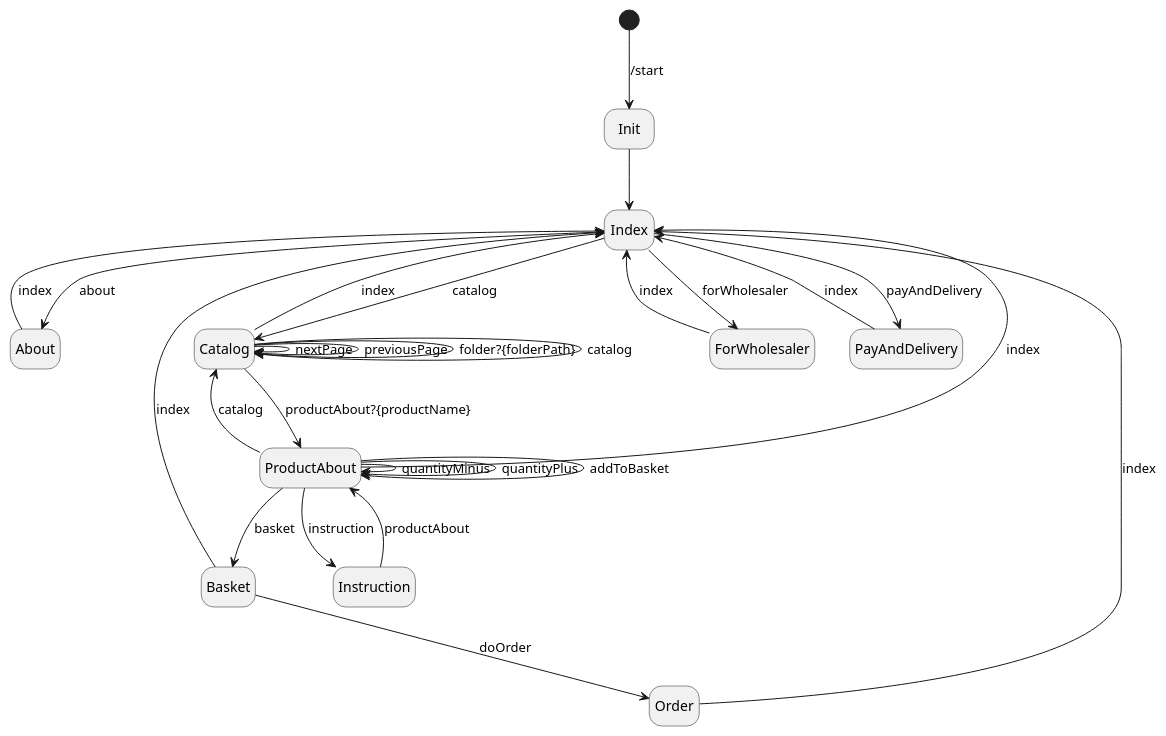
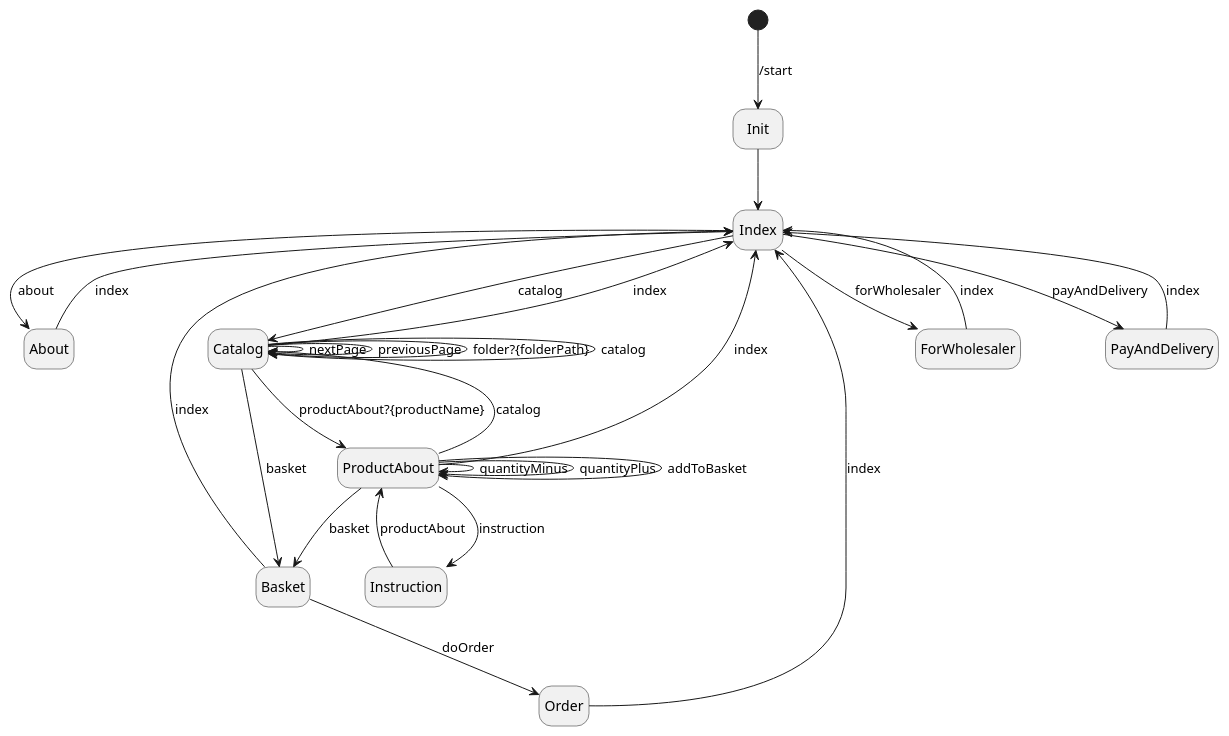
One commit to ViktorShchukin/shopbot changed the diagram in doc/botFsmDiagram.md. Above: the diagram before and after it, drawn with PlantUML. The commit also changed 4 other files, not shown here.

Commit message:
Delete index button from basket. Add basket button to catalog. Add catalog button to basket.

````diff
--- a/doc/botFsmDiagram.md
+++ b/doc/botFsmDiagram.md
@@ -2,52 +2,53 @@
 ```plantuml
 hide empty description
 
 state entrypoint <<start>>
 
 state About
 state Basket
 state Catalog
 state Index
 state Init
 state Order
 state ProductAbout
 state ForWholesaler
 state PayAndDelivery
 state Instruction
     
 entrypoint --> Init : /start
 Init --> Index
 
 Index --> About : about
 Index --> Catalog : catalog
 Index --> ForWholesaler : forWholesaler
 Index --> PayAndDelivery : payAndDelivery
 
 ForWholesaler --> Index : index
 About --> Index : index
 PayAndDelivery --> Index : index
 
 Catalog --> Index : index
 Catalog --> ProductAbout : productAbout?{productName}
 Catalog --> Catalog : nextPage
 Catalog --> Catalog : previousPage
 '' get into the specific folder 
 Catalog --> Catalog : folder?{folderPath}
 '' go to the root of the catalog
 Catalog --> Catalog : catalog
+Catalog --> Basket : basket
 
 ProductAbout --> ProductAbout : quantityMinus
 ProductAbout --> ProductAbout : quantityPlus
 ProductAbout --> ProductAbout : addToBasket
 ProductAbout --> Basket : basket
 ProductAbout --> Index : index
 ProductAbout --> Catalog : catalog
 ProductAbout --> Instruction : instruction
 
 Instruction --> ProductAbout : productAbout
 
 Basket --> Index : index
 Basket --> Order : doOrder
 
 Order --> Index : index
 ```
````
